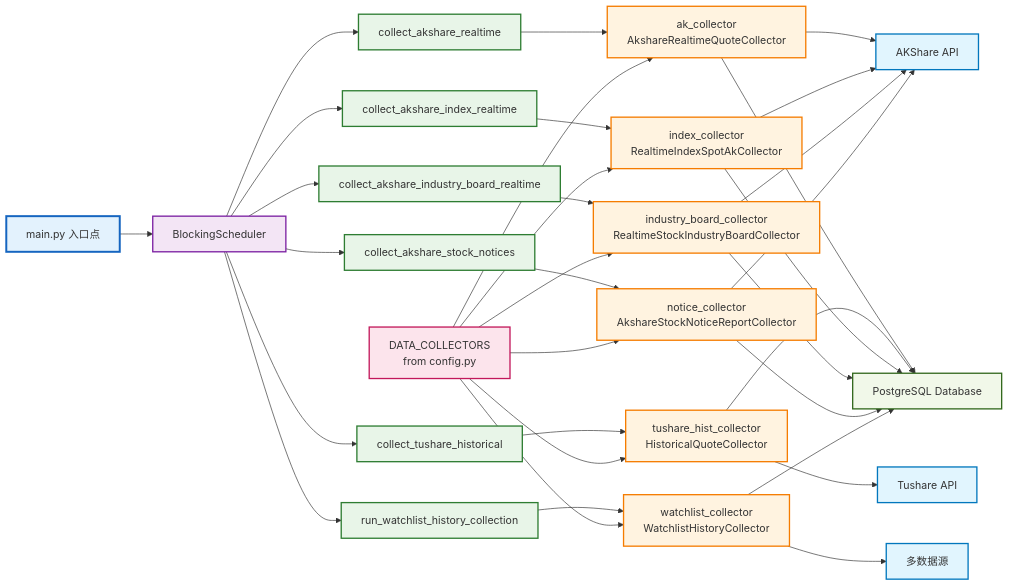
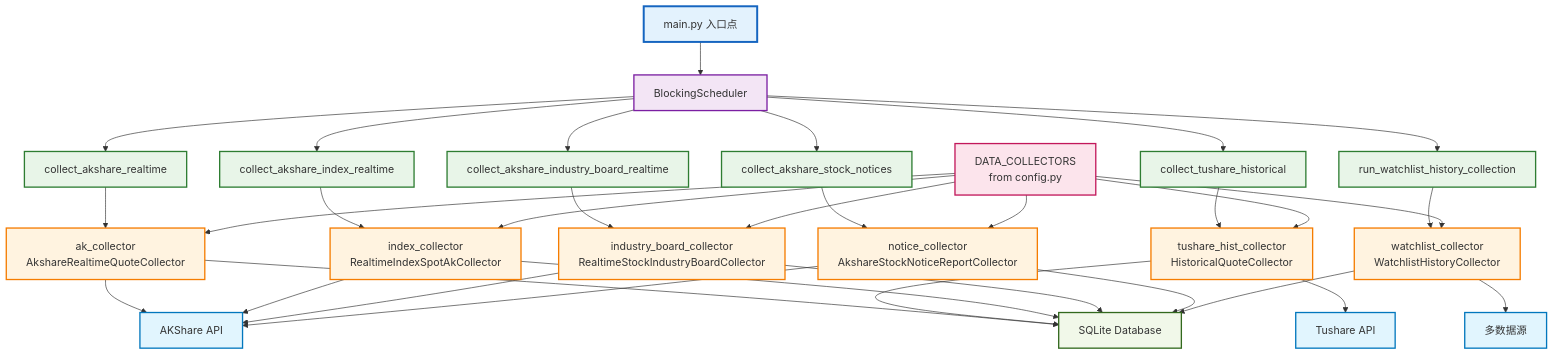
The first of 7 diagrams in docs/core_orchestration_diagram.md (wangj9601/stock_quote_analayze), drawn with Mermaid before and after one commit. The commit also changed other lines of this file and 7 other files, not shown here.

````diff
--- a/docs/core_orchestration_diagram.md
+++ b/docs/core_orchestration_diagram.md
@@ -5,46 +5,62 @@
 ```mermaid
-
-flowchart LR
-    A["main.py 入口点"] --> B["BlockingScheduler"]
-    B --> C1["collect_akshare_realtime"] & C2["collect_tushare_historical"] & C3["collect_akshare_index_realtime"] & C4["collect_akshare_industry_board_realtime"] & C5["collect_akshare_stock_notices"] & C6["run_watchlist_history_collection"]
-    C1 --> D1["ak_collector<br>AkshareRealtimeQuoteCollector"]
-    C2 --> D2["tushare_hist_collector<br>HistoricalQuoteCollector"]
-    C3 --> D3["index_collector<br>RealtimeIndexSpotAkCollector"]
-    C4 --> D4["industry_board_collector<br>RealtimeStockIndustryBoardCollector"]
-    C5 --> D5["notice_collector<br>AkshareStockNoticeReportCollector"]
-    C6 --> D6["watchlist_collector<br>WatchlistHistoryCollector"]
-    E["DATA_COLLECTORS<br>from config.py"] --> D1 & D2 & D3 & D4 & D5 & D6
-    D1 --> F1["AKShare API"] & G["PostgreSQL Database"]
-    D2 --> F2["Tushare API"] & G
-    D3 --> F1 & G
-    D4 --> F1 & G
-    D5 --> F1 & G
-    D6 --> F3["多数据源"] & G
-     A:::entry
-     B:::scheduler
-     C1:::wrapper
-     C2:::wrapper
-     C3:::wrapper
-     C4:::wrapper
-     C5:::wrapper
-     C6:::wrapper
-     D1:::collector
-     D2:::collector
-     D3:::collector
-     D4:::collector
-     D5:::collector
-     D6:::collector
-     E:::config
-     F1:::api
-     G:::storage
-     F2:::api
-     F3:::api
+graph TB
+    %% 主入口
+    A[main.py 入口点] --> B[BlockingScheduler]
+    
+    %% 调度器触发包装函数
+    B --> C1[collect_akshare_realtime]
+    B --> C2[collect_tushare_historical]
+    B --> C3[collect_akshare_index_realtime]
+    B --> C4[collect_akshare_industry_board_realtime]
+    B --> C5[collect_akshare_stock_notices]
+    B --> C6[run_watchlist_history_collection]
+    
+    %% 包装函数调用采集器
+    C1 --> D1[ak_collector<br/>AkshareRealtimeQuoteCollector]
+    C2 --> D2[tushare_hist_collector<br/>HistoricalQuoteCollector]
+    C3 --> D3[index_collector<br/>RealtimeIndexSpotAkCollector]
+    C4 --> D4[industry_board_collector<br/>RealtimeStockIndustryBoardCollector]
+    C5 --> D5[notice_collector<br/>AkshareStockNoticeReportCollector]
+    C6 --> D6[watchlist_collector<br/>WatchlistHistoryCollector]
+    
+    %% 配置影响所有采集器
+    E[DATA_COLLECTORS<br/>from config.py] --> D1
+    E --> D2
+    E --> D3
+    E --> D4
+    E --> D5
+    E --> D6
+    
+    %% 数据源
+    D1 --> F1[AKShare API]
+    D2 --> F2[Tushare API]
+    D3 --> F1
+    D4 --> F1
+    D5 --> F1
+    D6 --> F3[多数据源]
+    
+    %% 数据存储
+    D1 --> G[SQLite Database]
+    D2 --> G
+    D3 --> G
+    D4 --> G
+    D5 --> G
+    D6 --> G
+    
+    %% 样式定义
     classDef entry fill:#e3f2fd,stroke:#1565c0,stroke-width:3px
     classDef scheduler fill:#f3e5f5,stroke:#7b1fa2,stroke-width:2px
     classDef wrapper fill:#e8f5e8,stroke:#2e7d32,stroke-width:2px
     classDef collector fill:#fff3e0,stroke:#f57c00,stroke-width:2px
     classDef config fill:#fce4ec,stroke:#c2185b,stroke-width:2px
     classDef api fill:#e1f5fe,stroke:#0277bd,stroke-width:2px
     classDef storage fill:#f1f8e9,stroke:#33691e,stroke-width:2px
-
+    
+    class A entry
+    class B scheduler
+    class C1,C2,C3,C4,C5,C6 wrapper
+    class D1,D2,D3,D4,D5,D6 collector
+    class E config
+    class F1,F2,F3 api
+    class G storage
 ```
````
